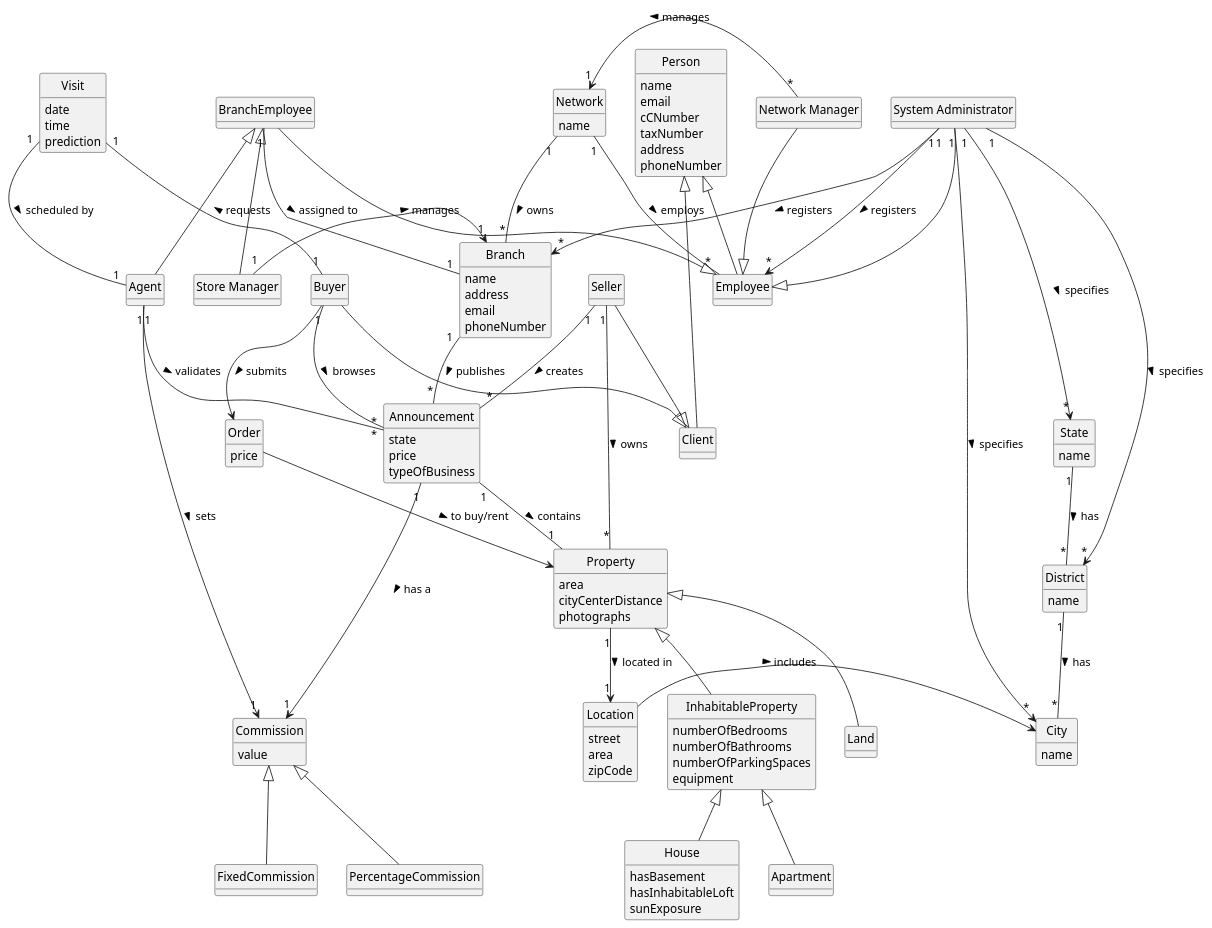
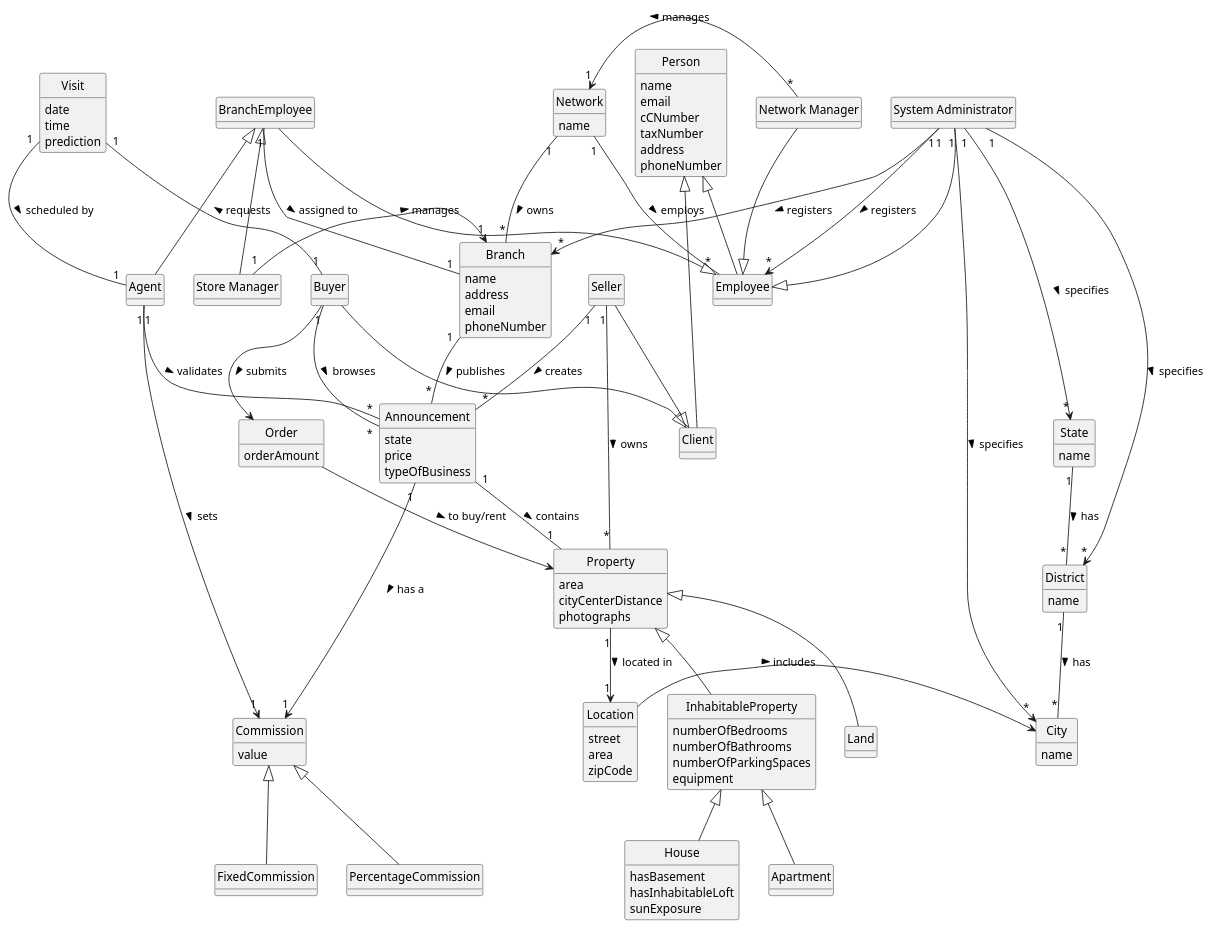
One commit to tiagohcorreia/LAPR2 changed the diagram in docs/sprintD/global-artifacts/02.analysis/puml/project-domain-model.puml. Above: the diagram before and after it, drawn with PlantUML. The commit also changed 8 other files, not shown here.

Commit message:
US010 - Class diagram and Sequence Diagram updated

```diff
--- a/docs/sprintD/global-artifacts/02.analysis/puml/project-domain-model.puml
+++ b/docs/sprintD/global-artifacts/02.analysis/puml/project-domain-model.puml
@@ -1,200 +1,200 @@
 @startuml
 'https://plantuml.com/class-diagram
 
 skinparam monochrome true
 skinparam packageStyle rectangle
 skinparam shadowing false
 
 'skinparam linetype ortho
 'left to right direction
 skinparam classAttributeIconSize 0
 'skinparam groupInheritance 2
 hide circle
 hide methods
 
 class Location{
 street
 area
 zipCode
 }
 
 class Network{
 name
 }
 
 class Branch{
 name
 address
 email
 phoneNumber
 }
 
 class Employee{
 }
 
 class Person{
 name
 email
 cCNumber
 taxNumber
 address
 phoneNumber
 }
 
 class BranchEmployee
 
 together {
 class "System Administrator" as SysAdmin
 class "Network Manager" as NetworkMan
 }
 
 together {
 class "Store Manager" as StoreMan
 class Agent
 }
 
 class Client{
 }
 
 class Buyer
 
 class Seller
 
 class Visit{
 date
 time
 prediction
 }
 
 class Order{
-price
+orderAmount
 }
 
 class Commission{
 value
 }
 
 class Announcement{
 state
 price
 typeOfBusiness
 }
 
 class Property{
 area
 cityCenterDistance
 photographs
 }
 
 class InhabitableProperty{
 numberOfBedrooms
 numberOfBathrooms
 numberOfParkingSpaces
 equipment
 }
 
 class House{
 hasBasement
 hasInhabitableLoft
 sunExposure
 }
 
 class Apartment{
 }
 
 class Land{
 }
 
 together {
     class State{
     name
     }
     class District{
     name
     }
     class City{
     name
     }
 }
 
 Network "1" -- "*" Branch: owns >
 Branch "1" -- "*" Announcement: publishes >
 Announcement "1" -- "1" Property: contains >
 
 Network "1" -- "*" Employee: employs >
 
 Property <|-- InhabitableProperty
 InhabitableProperty <|-- House
 InhabitableProperty <|-- Apartment
 'Property <|-- House
 'Property <|-- Apartment
 Property <|-- Land
 
 BranchEmployee --|> Employee
 
 Person <|-- Employee
 Person <|-- Client
 
 Employee <|-- SysAdmin
 Employee <|-- NetworkMan
 BranchEmployee <|- StoreMan
 BranchEmployee <|- Agent
 
 'SysAdmin ---|> Employee
 'NetworkMan ---|> Employee
 'StoreMan ---|> Employee
 'Agent ---|> Employee
 
 BranchEmployee "1" - "1" Branch: assigned to >
 
 SysAdmin "1" --> "*" Employee: registers >
 SysAdmin "1" --> "*" Branch: registers >
 
 SysAdmin "1" ---> "*" State: specifies >
 SysAdmin "1" ---> "*" District: specifies >
 SysAdmin "1" ---> "*" City: specifies >
 
 NetworkMan "*" -> "1" Network: manages >
 
 StoreMan "1" -> "1" Branch: manages >
 
 Buyer --|> Client
 Seller --|> Client
 
 Seller "1" - "*" Property: owns >
 Seller "1" -- "*" Announcement: creates >
 Agent "1" - "*" Announcement: validates >
 Visit "1" - "1" Buyer: requests <
 Buyer "1" - "*" Announcement: browses >
 Visit "1" -- "1" Agent: scheduled by >
 
 Agent "1" -> "1" Commission: sets >
 
 
 District "1" -- "*" City: has >
 State "1" -- "*" District: has >
 
 
 Announcement "1" ---> "1" Commission: has a >
 
 Commission <|-- FixedCommission
 Commission <|-- PercentageCommission
 
 Buyer --> Order: submits >
 Order --> Property: to buy/rent >
 Property "1" --> "1" Location: located in >
 
 Location -> City: includes >
 
 'class User{
 'email
 'password
 '}
 '
 'User <--- SysAdmin: accesses as <
 'User <--- NetworkMan: accesses as <
 'User <--- Agent: accesses as <
 'User <--- StoreMan: accesses as <
 'User <--- Client: accesses as <
 
 @enduml
```
